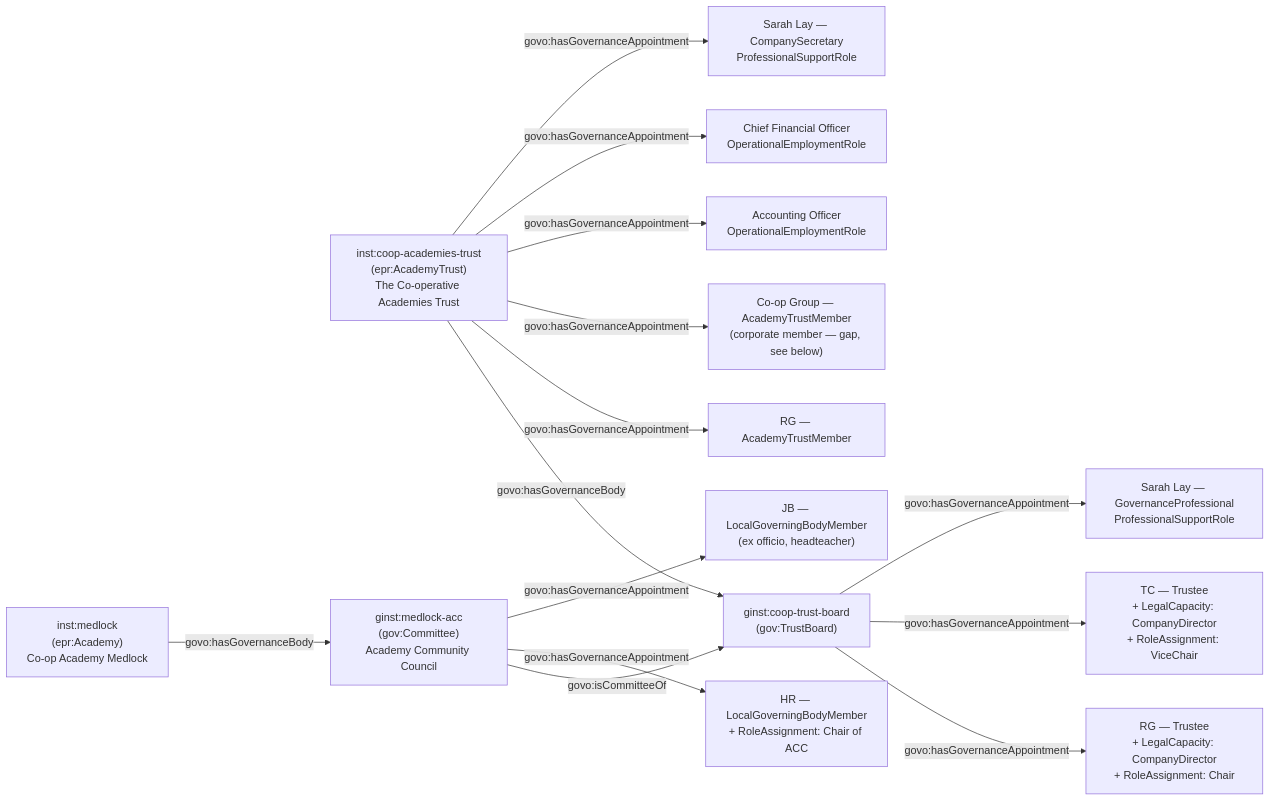
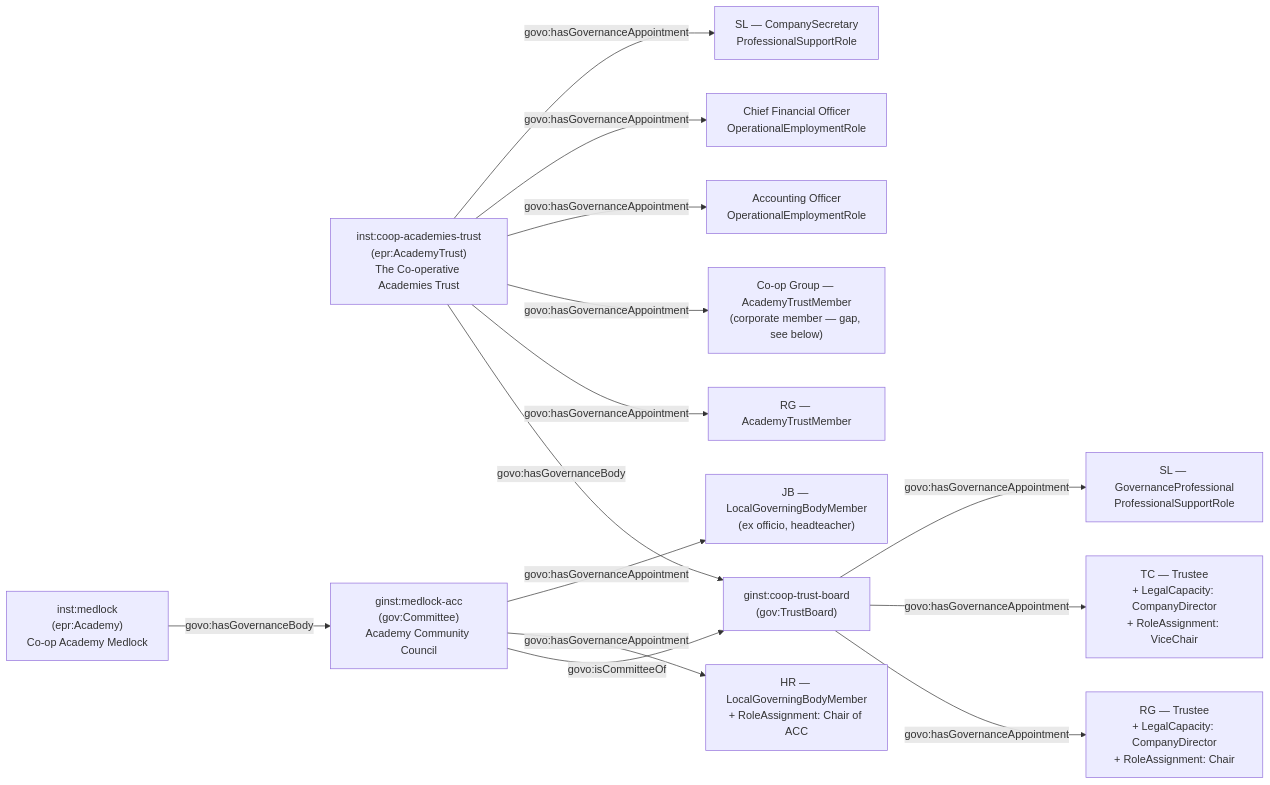
One commit to DFE-Digital/education-provider-registry-docs changed the diagram in docs-site/content/models/governance/worked-examples/medlock-mat/index.md. Above: the diagram before and after it, drawn with Mermaid. The commit also changed other lines of this file, not shown here.

Commit message:
governance ont

````diff
--- a/docs-site/content/models/governance/worked-examples/medlock-mat/index.md
+++ b/docs-site/content/models/governance/worked-examples/medlock-mat/index.md
@@ -33,25 +33,25 @@
 ```mermaid
 flowchart LR
     AT["inst:coop-academies-trust<br/>(epr:AcademyTrust)<br/>The Co-operative Academies Trust"]
     MED["inst:medlock<br/>(epr:Academy)<br/>Co-op Academy Medlock"]
     TB["ginst:coop-trust-board<br/>(gov:TrustBoard)"]
     ACC["ginst:medlock-acc<br/>(gov:Committee)<br/>Academy Community Council"]
 
     AT -->|govo:hasGovernanceBody| TB
     ACC -->|govo:isCommitteeOf| TB
     MED -->|govo:hasGovernanceBody| ACC
 
     AT -->|govo:hasGovernanceAppointment| M1["RG — AcademyTrustMember"]
     AT -->|govo:hasGovernanceAppointment| M2["Co-op Group — AcademyTrustMember<br/>(corporate member — gap, see below)"]
 
     TB -->|govo:hasGovernanceAppointment| T1["RG — Trustee<br/>+ LegalCapacity: CompanyDirector<br/>+ RoleAssignment: Chair"]
     TB -->|govo:hasGovernanceAppointment| T2["TC — Trustee<br/>+ LegalCapacity: CompanyDirector<br/>+ RoleAssignment: ViceChair"]
 
     ACC -->|govo:hasGovernanceAppointment| C1["HR — LocalGoverningBodyMember<br/>+ RoleAssignment: Chair of ACC"]
     ACC -->|govo:hasGovernanceAppointment| C2["JB — LocalGoverningBodyMember<br/>(ex officio, headteacher)"]
 
     AT -->|govo:hasGovernanceAppointment| O1["Accounting Officer<br/>OperationalEmploymentRole"]
     AT -->|govo:hasGovernanceAppointment| O2["Chief Financial Officer<br/>OperationalEmploymentRole"]
-    TB -->|govo:hasGovernanceAppointment| P1["Sarah Lay — GovernanceProfessional<br/>ProfessionalSupportRole"]
-    AT -->|govo:hasGovernanceAppointment| P2["Sarah Lay — CompanySecretary<br/>ProfessionalSupportRole"]
+    TB -->|govo:hasGovernanceAppointment| P1["SL — GovernanceProfessional<br/>ProfessionalSupportRole"]
+    AT -->|govo:hasGovernanceAppointment| P2["SL — CompanySecretary<br/>ProfessionalSupportRole"]
 ```
````
